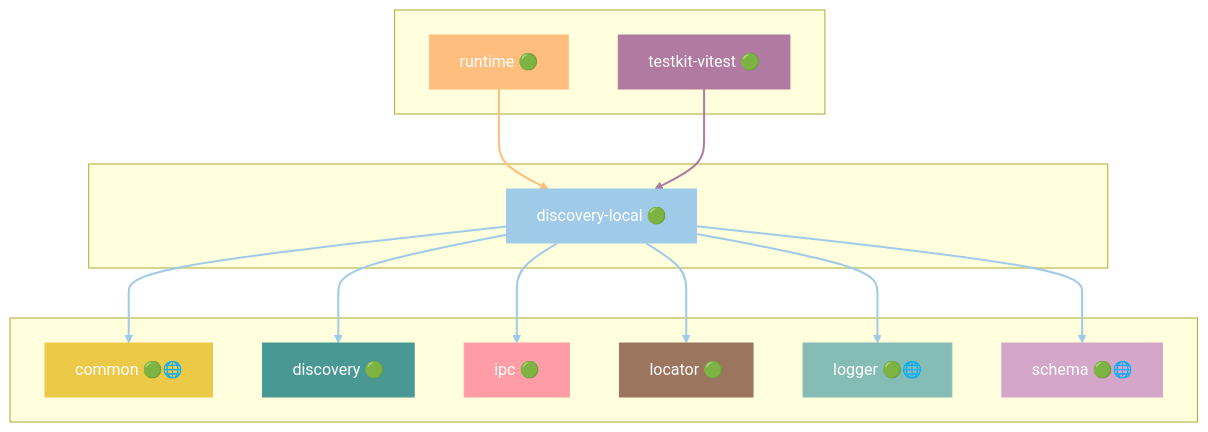
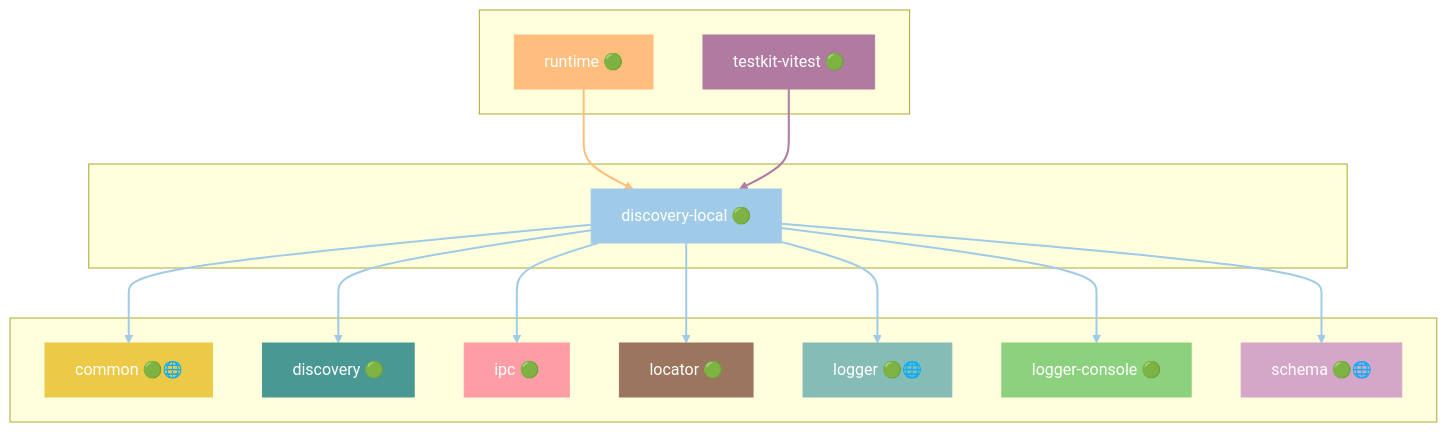
Diagram 17 of 47 in docs/DEPENDENCIES.md (grest-ts/grest-ts), drawn with Mermaid before and after one commit. The commit also changed other lines of this file and 3 other files, not shown here.

Commit message:
discovery-local: an unrecognized LOG_LEVEL falls back to INFO, not DEBUG (logger-console exports parseLogLevel); regenerate dependency docs

````diff
--- a/docs/DEPENDENCIES.md
+++ b/docs/DEPENDENCIES.md
@@ -993,43 +995,47 @@
 ```mermaid
 flowchart TB
     subgraph Dependents[" "]
         runtime["runtime 🟢"]
         testkit-vitest["testkit-vitest 🟢"]
     end
     subgraph Package[" "]
         discovery-local["discovery-local 🟢"]
     end
     subgraph Dependencies[" "]
         common["common 🟢🌐"]
         discovery["discovery 🟢"]
         ipc["ipc 🟢"]
         locator["locator 🟢"]
         logger["logger 🟢🌐"]
+        logger-console["logger-console 🟢"]
         schema["schema 🟢🌐"]
     end
     runtime --> discovery-local
     testkit-vitest --> discovery-local
     discovery-local --> common
     discovery-local --> discovery
     discovery-local --> ipc
     discovery-local --> locator
     discovery-local --> logger
+    discovery-local --> logger-console
     discovery-local --> schema
     style discovery-local fill:#A0CBE8,stroke:#A0CBE8,color:#fff
     style runtime fill:#FFBE7D,stroke:#FFBE7D,color:#fff
     style testkit-vitest fill:#B07AA1,stroke:#B07AA1,color:#fff
     style common fill:#EDC948,stroke:#EDC948,color:#fff
     style discovery fill:#499894,stroke:#499894,color:#fff
     style ipc fill:#FF9DA7,stroke:#FF9DA7,color:#fff
     style locator fill:#9C755F,stroke:#9C755F,color:#fff
     style logger fill:#86BCB6,stroke:#86BCB6,color:#fff
+    style logger-console fill:#8CD17D,stroke:#8CD17D,color:#fff
     style schema fill:#D4A6C8,stroke:#D4A6C8,color:#fff
     linkStyle 0 stroke:#FFBE7D,stroke-width:2px
     linkStyle 1 stroke:#B07AA1,stroke-width:2px
     linkStyle 2 stroke:#A0CBE8,stroke-width:2px
     linkStyle 3 stroke:#A0CBE8,stroke-width:2px
     linkStyle 4 stroke:#A0CBE8,stroke-width:2px
     linkStyle 5 stroke:#A0CBE8,stroke-width:2px
     linkStyle 6 stroke:#A0CBE8,stroke-width:2px
     linkStyle 7 stroke:#A0CBE8,stroke-width:2px
+    linkStyle 8 stroke:#A0CBE8,stroke-width:2px
 ```
````
